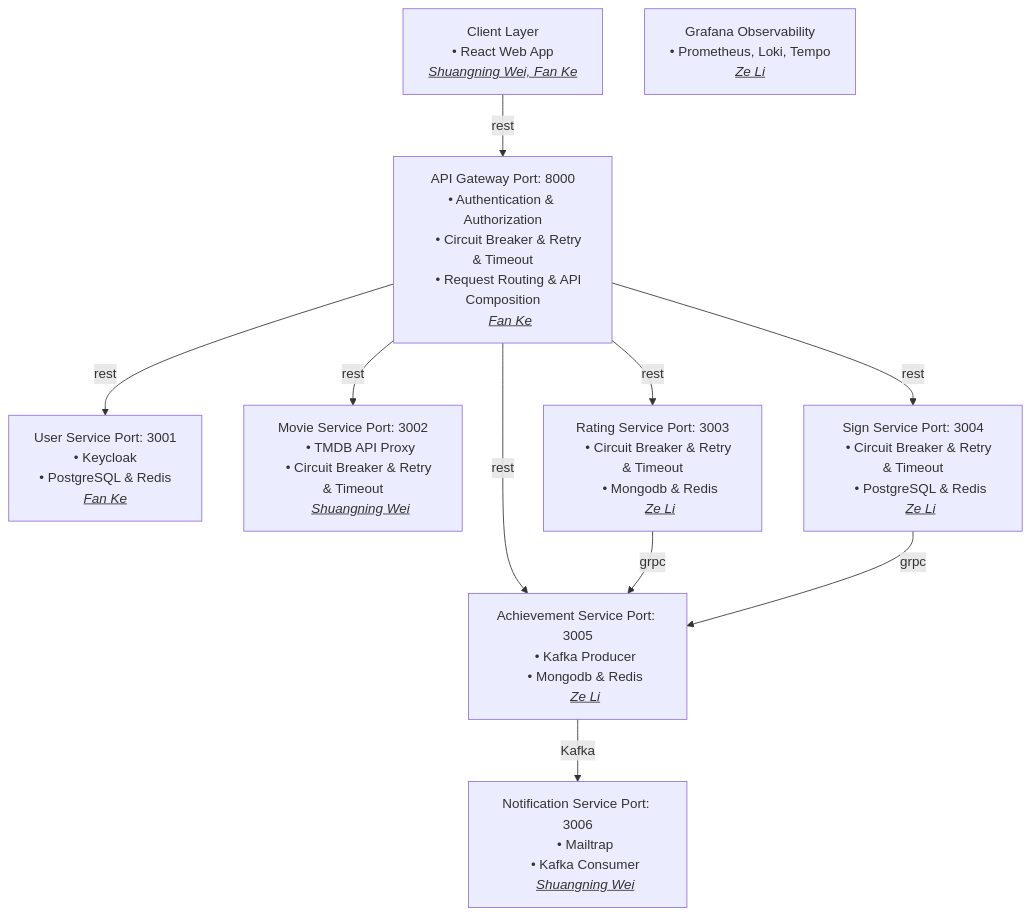
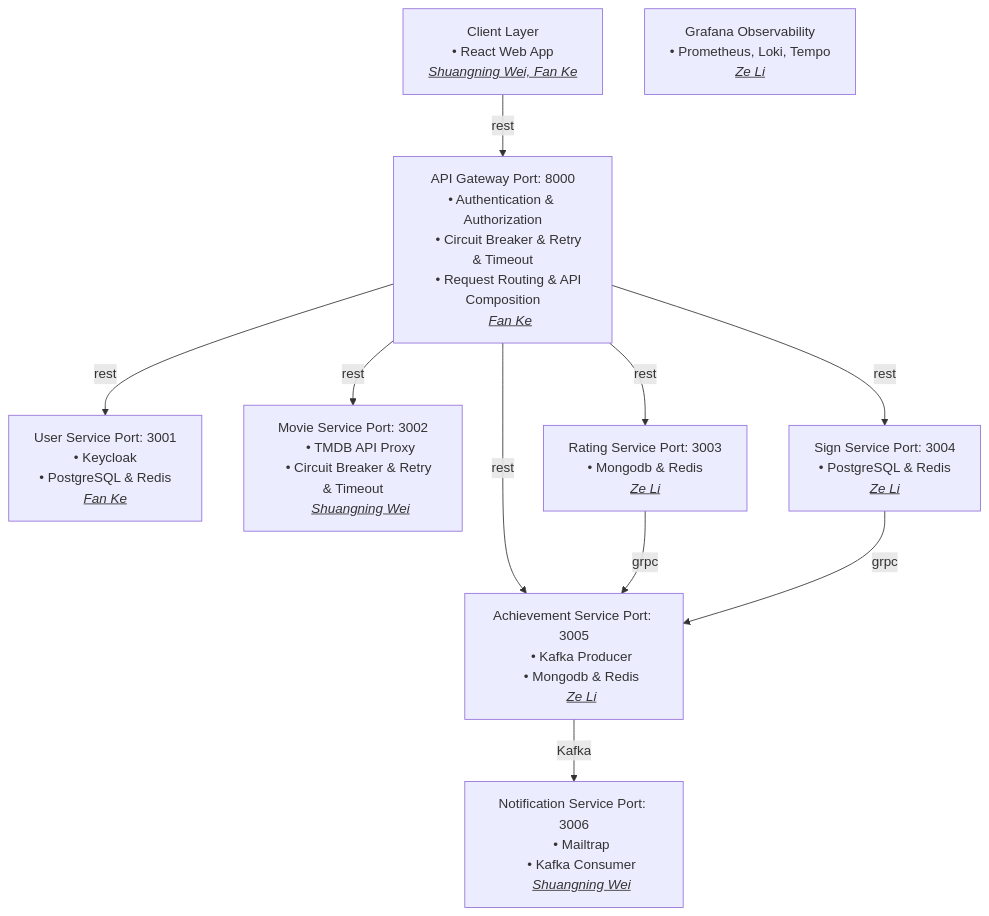
The diagram in readme.md (Shelly892/CineQuest), drawn with Mermaid before and after one commit.

Commit message:
remove extra resilience

````diff
--- a/readme.md
+++ b/readme.md
@@ -2,70 +2,68 @@
 ```mermaid
 flowchart TD
     %% Client Layer
     A[Client Layer
     • React Web App
     <i><u>Shuangning Wei, Fan Ke</u></i>]
     
     %% API Gateway
     B[API Gateway Port: 8000</br>• Authentication & Authorization
     • Circuit Breaker & Retry & Timeout
     • Request Routing & API Composition
     <i><u>Fan Ke</u></i>]
     
     %% Microservices
     C[User Service Port: 3001
     • Keycloak
     • PostgreSQL & Redis
     <i><u>Fan Ke</u></i>]
     
     D[Movie Service Port: 3002
     • TMDB API Proxy
     • Circuit Breaker & Retry & Timeout
     <i><u>Shuangning Wei</u></i>]
     
     E[Rating Service Port: 3003
-    • Circuit Breaker & Retry & Timeout
     • Mongodb & Redis
     <i><u>Ze Li</u></i>]
     
     F[Sign Service Port: 3004
-    • Circuit Breaker & Retry & Timeout
     • PostgreSQL & Redis
     <i><u>Ze Li</u></i>]
     
     G[Achievement Service Port: 3005
     • Kafka Producer
     • Mongodb & Redis
     <i><u>Ze Li</u></i>]
     
     H[Notification Service Port: 3006
     • Mailtrap
     • Kafka Consumer
     <i><u>Shuangning Wei</u></i>]
     
     I[Grafana Observability
     • Prometheus, Loki, Tempo
     <i><u>Ze Li</u></i>]
     
     %% Connections
     A -->|rest| B
     B -->|rest| C
     B -->|rest| D
     B -->|rest| E
     B -->|rest| F
     B -->|rest| G
     
 
     E -->|grpc| G
     F -->|grpc| G
     
     G -->|Kafka| H
 
 %%    B -.-> I
 %%    C -.-> I
 %%    D -.-> I
 %%    E -.-> I
 %%    F -.-> I
 %%    G -.-> I
 %%    H -.-> I
 ```
````
